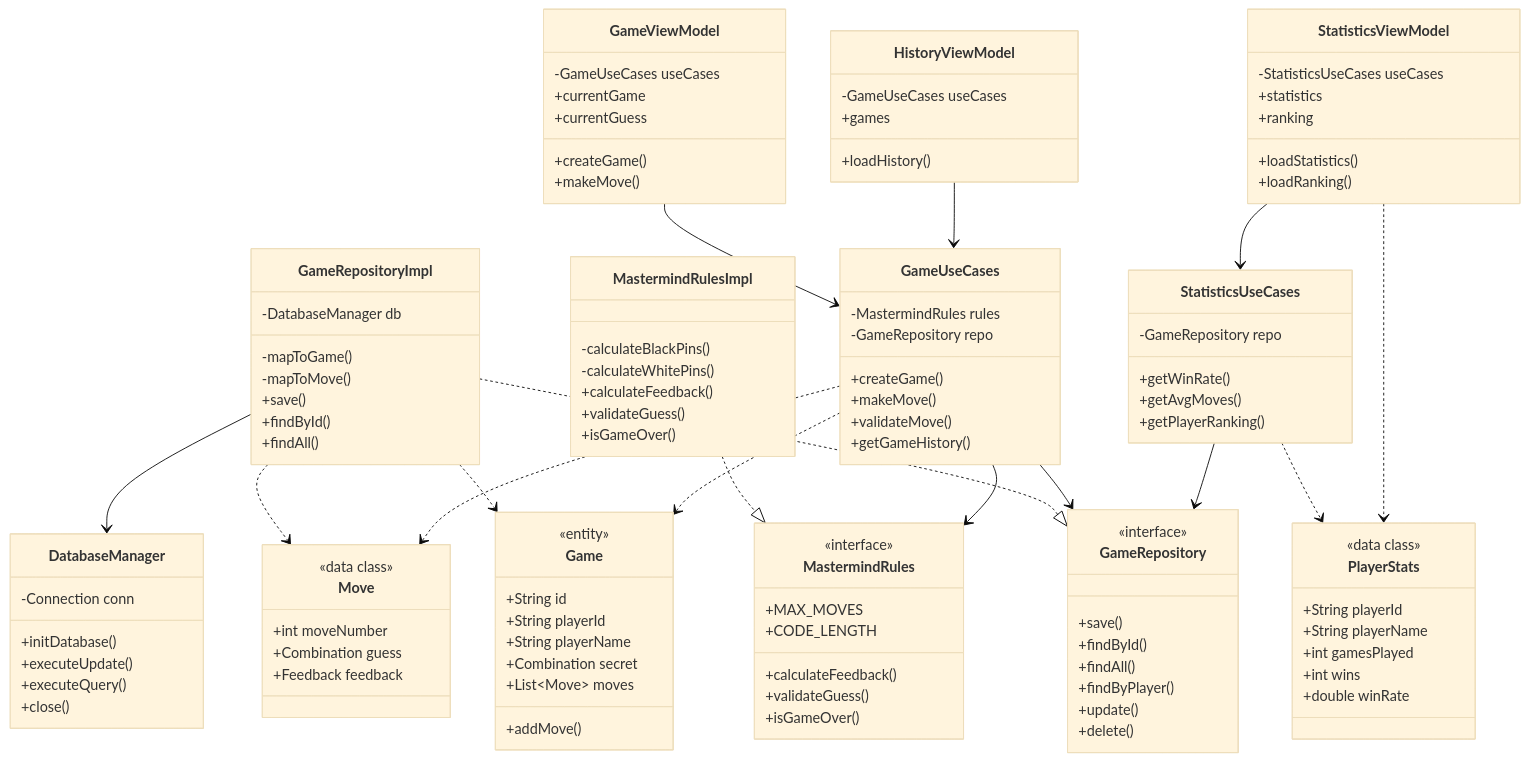
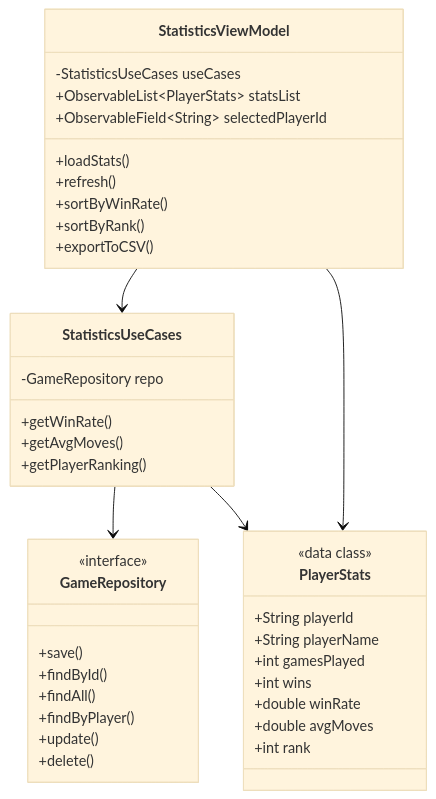
The second of 3 diagrams in docs/class-diagram-hw1.md (Andrew2114/kotlin-s_game), drawn with Mermaid (base theme) before and after one commit. The commit also changed other lines of this file, not shown here.

````diff
--- a/docs/class-diagram-hw1.md
+++ b/docs/class-diagram-hw1.md
@@ -123,7 +89,7 @@
 classDiagram
     direction TB
     
-    %% ============ ИНТЕРФЕЙСЫ (из ядра) ============
+    %% ============ INTERFACES ============
     class GameRepository {
         <<interface>>
         +save()
@@ -134,51 +100,7 @@
         +delete()
     }
     
-    class MastermindRules {
-        <<interface>>
-        +calculateFeedback()
-        +validateGuess()
-        +isGameOver()
-        +MAX_MOVES
-        +CODE_LENGTH
-    }
-    
-    %% ============ ИНФРАСТРУКТУРА ============
-    class DatabaseManager {
-        -Connection conn
-        +initDatabase()
-        +executeUpdate()
-        +executeQuery()
-        +close()
-    }
-    
-    class GameRepositoryImpl {
-        -DatabaseManager db
-        -mapToGame()
-        -mapToMove()
-        +save()
-        +findById()
-        +findAll()
-    }
-    
-    class MastermindRulesImpl {
-        -calculateBlackPins()
-        -calculateWhitePins()
-        +calculateFeedback()
-        +validateGuess()
-        +isGameOver()
-    }
-    
-    %% ============ USE CASES (из ядра) ============
-    class GameUseCases {
-        -MastermindRules rules
-        -GameRepository repo
-        +createGame()
-        +makeMove()
-        +validateMove()
-        +getGameHistory()
-    }
-    
+    %% ============ USE CASES ============
     class StatisticsUseCases {
         -GameRepository repo
         +getWinRate()
@@ -186,24 +108,7 @@
         +getPlayerRanking()
     }
     
-    %% ============ ENTITIES (из ядра) ============
-    class Game {
-        <<entity>>
-        +String id
-        +String playerId
-        +String playerName
-        +Combination secret
-        +List~Move~ moves
-        +addMove()
-    }
-    
-    class Move {
-        <<data class>>
-        +int moveNumber
-        +Combination guess
-        +Feedback feedback
-    }
-    
+    %% ============ DTO ============
     class PlayerStats {
         <<data class>>
         +String playerId
@@ -211,57 +116,26 @@
         +int gamesPlayed
         +int wins
         +double winRate
+        +double avgMoves
+        +int rank
     }
     
-    %% ============ VIEWMODELS ============
-    class GameViewModel {
-        -GameUseCases useCases
-        +currentGame
-        +currentGuess
-        +createGame()
-        +makeMove()
-    }
-    
-    class HistoryViewModel {
-        -GameUseCases useCases
-        +games
-        +loadHistory()
-    }
-    
+    %% ============ VIEW MODEL ============
     class StatisticsViewModel {
         -StatisticsUseCases useCases
-        +statistics
-        +ranking
-        +loadStatistics()
-        +loadRanking()
+        +ObservableList~PlayerStats~ statsList
+        +ObservableField~String~ selectedPlayerId
+        +loadStats()
+        +refresh()
+        +sortByWinRate()
+        +sortByRank()
+        +exportToCSV()
     }
     
     %% ============ СВЯЗИ ============
+    StatisticsUseCases --> GameRepository
+    StatisticsUseCases --> PlayerStats
     
-    %% Реализации интерфейсов
-    MastermindRulesImpl ..|> MastermindRules
-    GameRepositoryImpl ..|> GameRepository
-    
-    %% Инфраструктура
-    GameRepositoryImpl --> DatabaseManager
-    GameRepositoryImpl ..> Game
-    GameRepositoryImpl ..> Move
-    
-    %% Use Cases используют интерфейсы
-    GameUseCases --> MastermindRules
-    GameUseCases --> GameRepository
-    StatisticsUseCases --> GameRepository
-    
-    %% Use Cases возвращают сущности
-    GameUseCases ..> Game
-    GameUseCases ..> Move
-    StatisticsUseCases ..> PlayerStats
-    
-    %% ViewModels используют Use Cases
-    GameViewModel --> GameUseCases
-    HistoryViewModel --> GameUseCases
     StatisticsViewModel --> StatisticsUseCases
-    
-    %% ViewModel отображает DTO
-    StatisticsViewModel ..> PlayerStats
+    StatisticsViewModel --> PlayerStats
 ```
````
